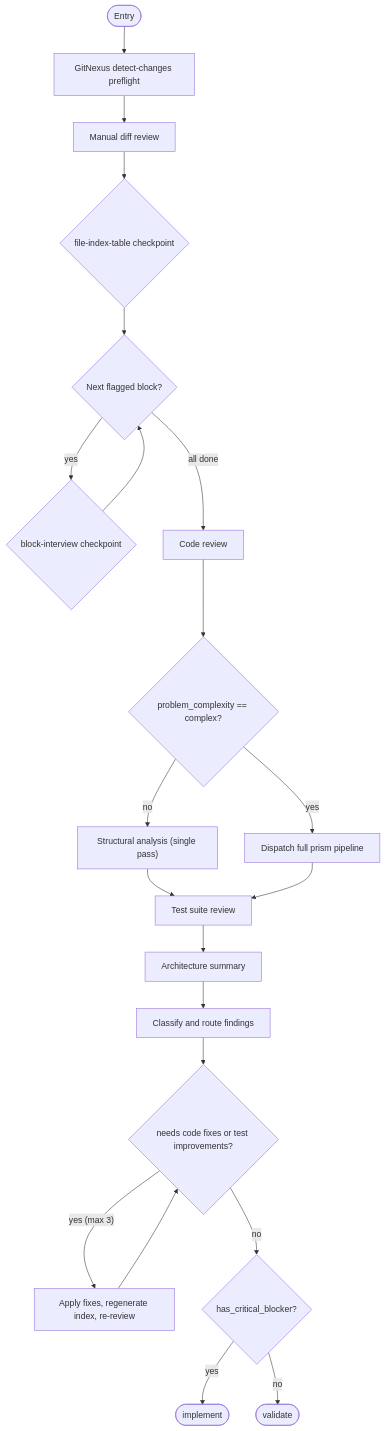
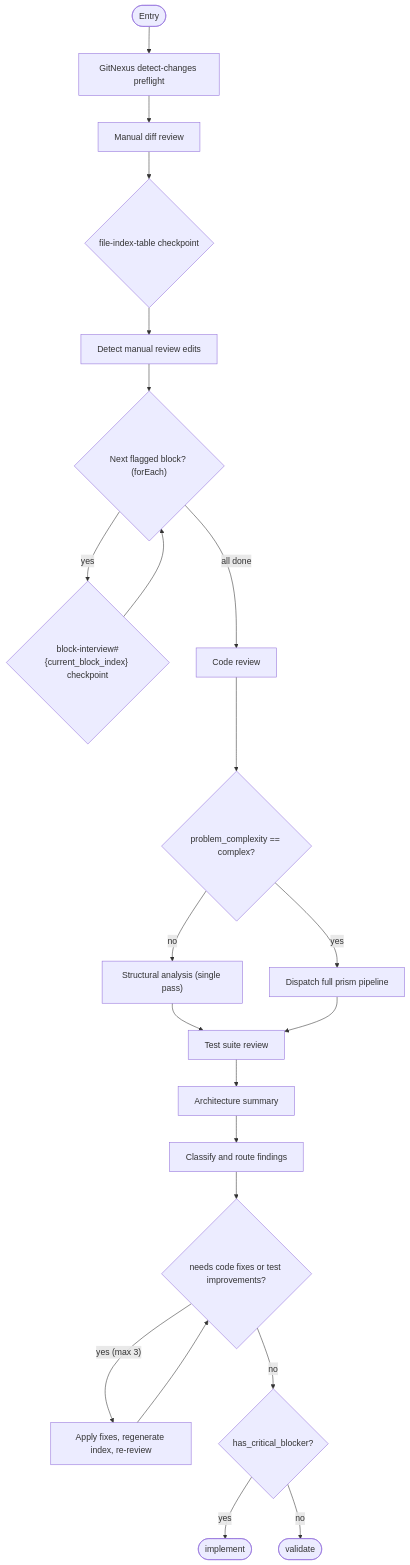
Before and after one commit to m2ux/workflow-server: diagram 11 of 15 in work-package/activities/README.md, drawn with Mermaid. The commit also changed other lines of this file and 52 other files, not shown here.

````diff
--- a/work-package/activities/README.md
+++ b/work-package/activities/README.md
@@ -326,25 +322,26 @@
 ```mermaid
 graph TD
     entryNode(["Entry"]) --> preflight["GitNexus detect-changes preflight"]
     preflight --> manualDiff["Manual diff review"]
     manualDiff --> cpFileIndex{"file-index-table checkpoint"}
-    cpFileIndex --> interviewLoop{"Next flagged block?"}
-    interviewLoop -->|"yes"| cpInterview{"block-interview checkpoint"}
+    cpFileIndex --> detectManual["Detect manual review edits"]
+    detectManual --> interviewLoop{"Next flagged block? (forEach)"}
+    interviewLoop -->|"yes"| cpInterview{"block-interview#{current_block_index} checkpoint"}
     cpInterview --> interviewLoop
     interviewLoop -->|"all done"| codeReview["Code review"]
 
     codeReview --> structural{"problem_complexity == complex?"}
     structural -->|"no"| structuralInline["Structural analysis (single pass)"]
     structural -->|"yes"| dispatchPrism["Dispatch full prism pipeline"]
     structuralInline --> testReview["Test suite review"]
     dispatchPrism --> testReview
     testReview --> archSummary["Architecture summary"]
     archSummary --> classify["Classify and route findings"]
 
     classify --> fixCycle{"needs code fixes or test improvements?"}
     fixCycle -->|"yes (max 3)"| applyFixes["Apply fixes, regenerate index, re-review"]
     applyFixes --> fixCycle
     fixCycle -->|"no"| blockerGate{"has_critical_blocker?"}
     blockerGate -->|"yes"| exitImplement(["implement"])
     blockerGate -->|"no"| exitValidate(["validate"])
 ```
````
